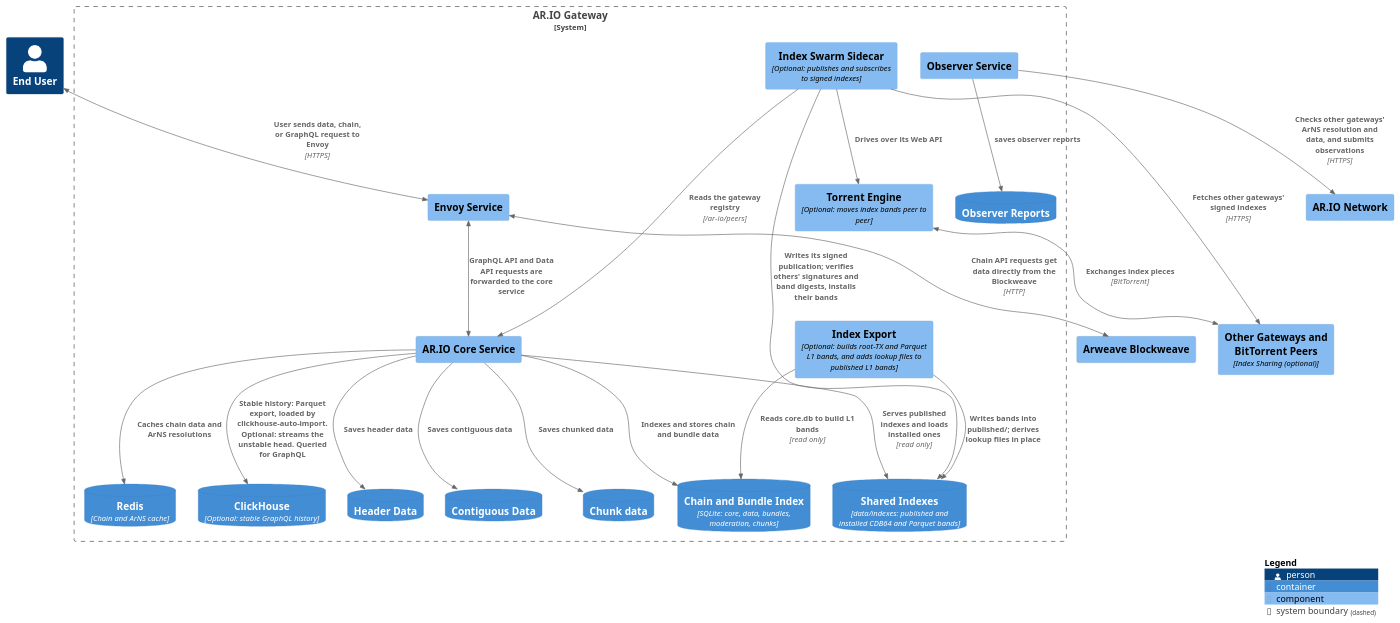
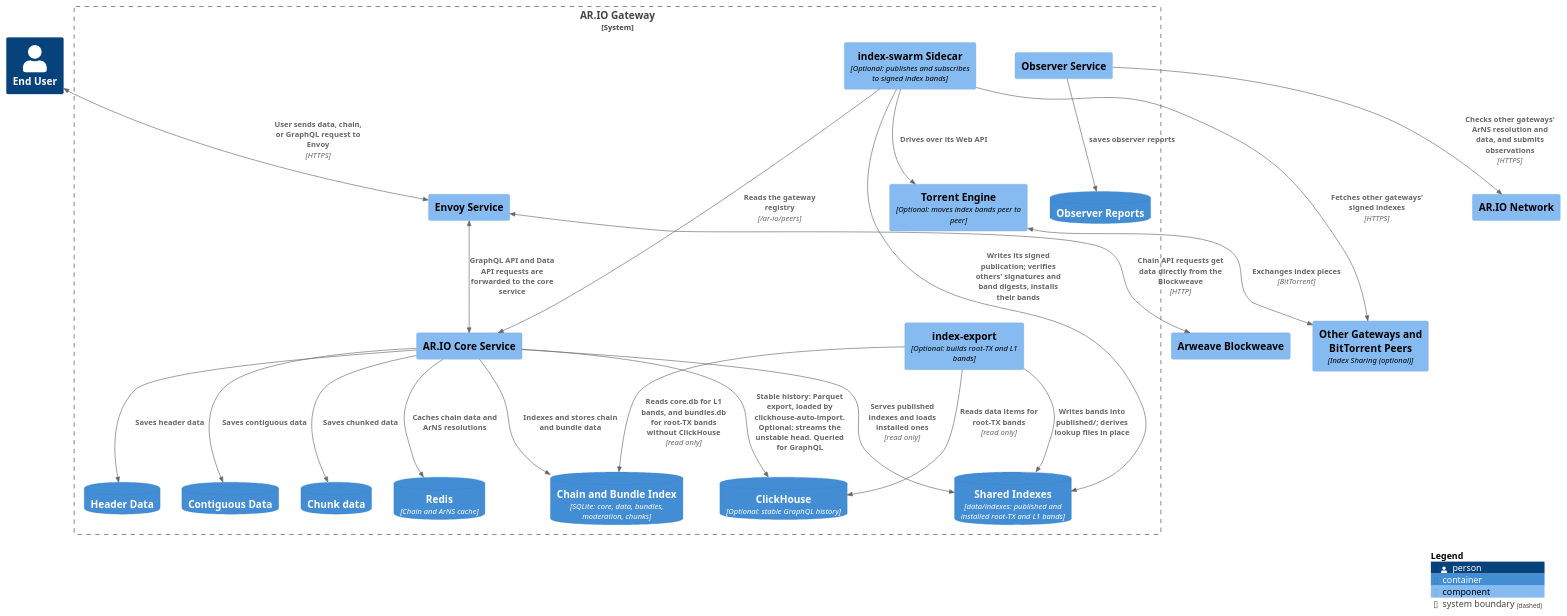
Before and after one commit to ar-io/ar-io-node: the diagram in docs/diagrams/src/Gateway.puml, drawn with PlantUML. The commit also changed 4 other files, not shown here.

First line of the commit message:
docs: render the PlantUML diagrams to SVG and fix index-export's sources

```diff
--- a/docs/diagrams/src/Gateway.puml
+++ b/docs/diagrams/src/Gateway.puml
@@ -1,73 +1,74 @@
 @startuml Gateway
 
 
 !include ./C4_definitions/C4_Context.puml
 !include ./C4_definitions/C4_Container.puml
 !include ./C4_definitions/C4_Component.puml
 
 ' Set Layout
 LAYOUT_TOP_DOWN()
 
 
 ' Define Elements
 
 Person(user, "End User")
 Component(arweave, "Arweave Blockweave")
 Component(network, "AR.IO Network")
 
 Component(peers, "Other Gateways and BitTorrent Peers", "Index Sharing (optional)")
 
 System_Boundary(ar-io, "AR.IO Gateway"){
     Component(core, "AR.IO Core Service")
     Component(envoy, "Envoy Service")
     Component(observer, "Observer Service")
     ContainerDb(redis, "Redis", "Chain and ArNS cache")
     ContainerDb(clickhouse, "ClickHouse", "Optional: stable GraphQL history")
-    Component(sidecar, "Index Swarm Sidecar", "Optional: publishes and subscribes to signed indexes")
+    Component(sidecar, "index-swarm Sidecar", "Optional: publishes and subscribes to signed index bands")
     Component(engine, "Torrent Engine", "Optional: moves index bands peer to peer")
-    Component(exporter, "Index Export", "Optional: builds root-TX and Parquet L1 bands, and adds lookup files to published L1 bands")
+    Component(exporter, "index-export", "Optional: builds root-TX and L1 bands")
 
     ContainerDb(chunks, "Chunk data")
     ContainerDb(headers, "Header Data")
     ContainerDb(contiguous, "Contiguous Data")
     ContainerDb(reports, "Observer Reports")
     ContainerDb(index, "Chain and Bundle Index", "SQLite: core, data, bundles, moderation, chunks")
-    ContainerDb(indexes, "Shared Indexes", "data/indexes: published and installed CDB64 and Parquet bands")
+    ContainerDb(indexes, "Shared Indexes", "data/indexes: published and installed root-TX and L1 bands")
 }
 
 ' Relationships
 BiRel(user, envoy, "User sends data, chain, or GraphQL request to Envoy", "HTTPS" )
 BiRel(envoy, arweave, "Chain API requests get data directly from the Blockweave", "HTTP")
 BiRel(envoy, core, "GraphQL API and Data API requests are forwarded to the core service")
 
 
 Rel(core, index, "Indexes and stores chain and bundle data")
 Rel(core, chunks, "Saves chunked data")
 Rel(core, headers, "Saves header data")
 Rel(core, contiguous, "Saves contiguous data")
 
 Rel(core, redis, "Caches chain data and ArNS resolutions")
 Rel(core, clickhouse, "Stable history: Parquet export, loaded by clickhouse-auto-import. Optional: streams the unstable head. Queried for GraphQL")
 Rel(core, indexes, "Serves published indexes and loads installed ones", "read only")
 
 Rel(sidecar, indexes, "Writes its signed publication; verifies others' signatures and band digests, installs their bands")
-Rel(exporter, index, "Reads core.db to build L1 bands", "read only")
+Rel(exporter, index, "Reads core.db for L1 bands, and bundles.db for root-TX bands without ClickHouse", "read only")
+Rel(exporter, clickhouse, "Reads data items for root-TX bands", "read only")
 Rel(exporter, indexes, "Writes bands into published/; derives lookup files in place")
 Rel(sidecar, core, "Reads the gateway registry", "/ar-io/peers")
 Rel(sidecar, peers, "Fetches other gateways' signed indexes", "HTTPS")
 Rel(sidecar, engine, "Drives over its Web API")
 BiRel(engine, peers, "Exchanges index pieces", "BitTorrent")
 
 Rel(observer, reports, "saves observer reports")
 Rel(observer, network, "Checks other gateways' ArNS resolution and data, and submits observations", "HTTPS")
 
 ' Layout hints: keep the index-sharing pieces together on the left
 Lay_Right(sidecar, observer)
 Lay_Down(sidecar, engine)
 Lay_Down(engine, exporter)
 Lay_Left(indexes, chunks)
 
 ' Legend
 SHOW_LEGEND()
 
 @enduml
```
